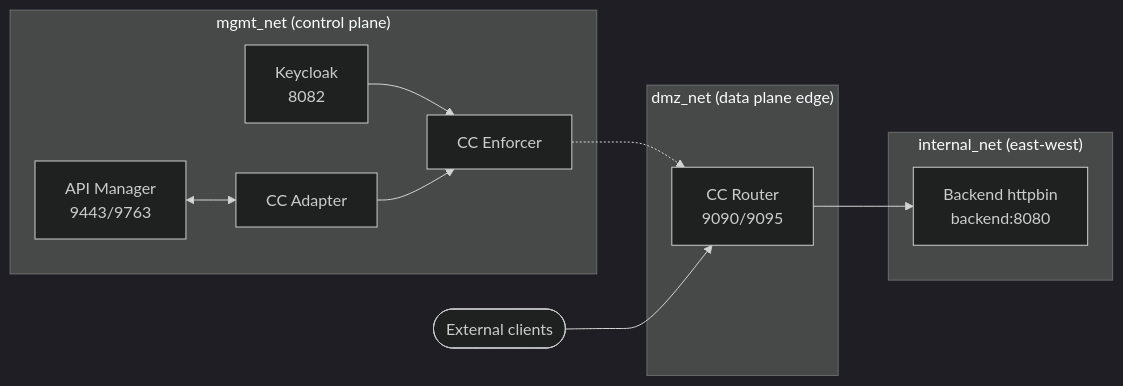
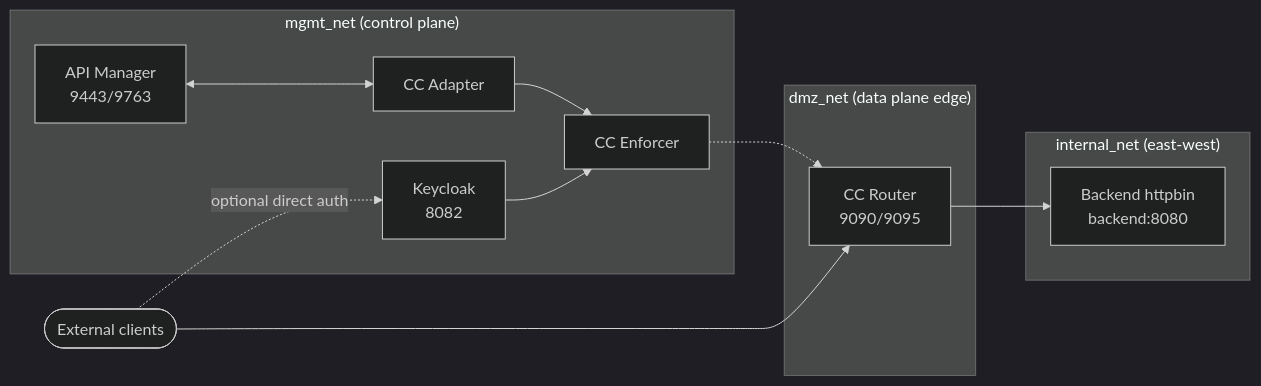
Before and after one commit to anders-malmros-inera/wso2: the diagram in README.md, drawn with Mermaid (dark theme). The commit also changed other lines of this file and 5 other files, not shown here.

````diff
--- a/README.md
+++ b/README.md
@@ -12,24 +12,25 @@
 ```mermaid
 flowchart LR
    subgraph control_plane ["mgmt_net (control plane)"]
       apim["API Manager\n9443/9763"]
       kc["Keycloak\n8082"]
       gw_adapter["CC Adapter"]
       gw_enforcer["CC Enforcer"]
       apim <--> gw_adapter
       kc --> gw_enforcer
       gw_adapter --> gw_enforcer
    end
 
    subgraph data_plane ["dmz_net (data plane edge)"]
       gw_router["CC Router\n9090/9095"]
       gw_enforcer -.-> gw_router
    end
 
    subgraph internal_net ["internal_net (east-west)"]
       backend["Backend httpbin\nbackend:8080"]
    end
 
    clients([External clients]) --> gw_router
+   clients -. optional direct auth .-> kc
    gw_router --> backend
 ```
````
